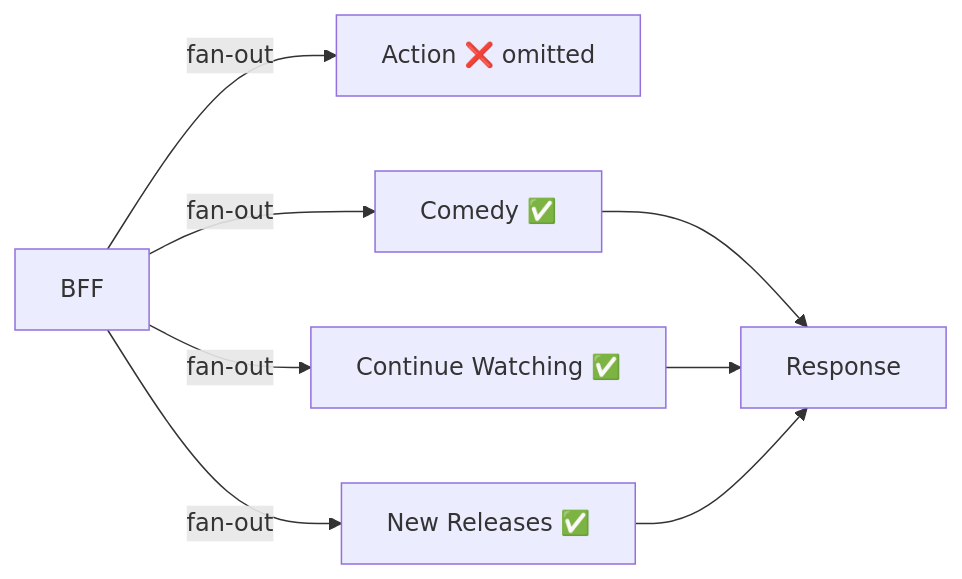
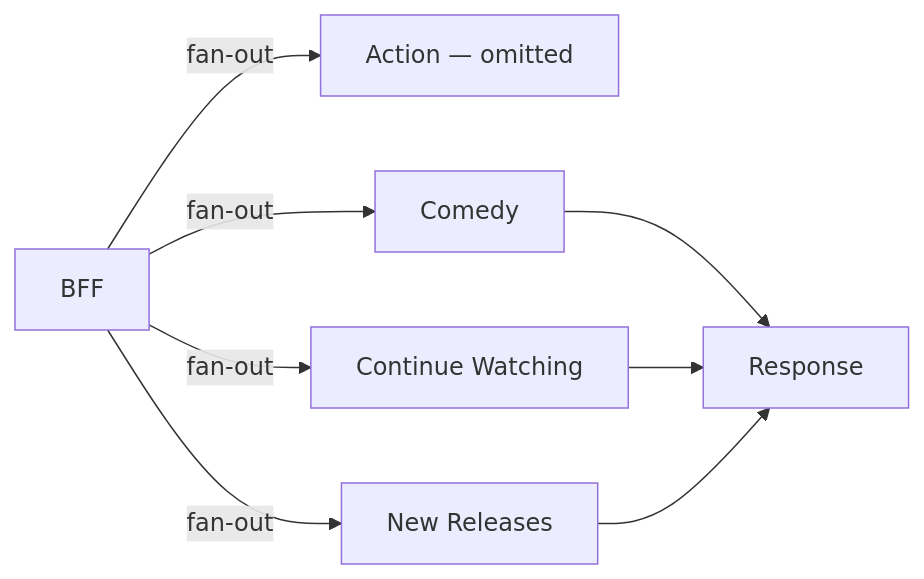
Before and after one commit to Dummy-Bug/system-design-handbook: the fourth of 4 diagrams in System Design/SDE2/12-Case-Studies/14-Netflix/03-Deep-Dives/09-Fault-Isolation/01-Circuit-Breaker.md, drawn with Mermaid. The commit also changed other lines of this file and 12 other files, not shown here.

````diff
--- a/System Design/SDE2/12-Case-Studies/14-Netflix/03-Deep-Dives/09-Fault-Isolation/01-Circuit-Breaker.md
+++ b/System Design/SDE2/12-Case-Studies/14-Netflix/03-Deep-Dives/09-Fault-Isolation/01-Circuit-Breaker.md
@@ -84,10 +97,10 @@
 ```mermaid
 flowchart LR
-    BFF -->|fan-out| A[Action ❌ omitted]
-    BFF -->|fan-out| B[Comedy ✅]
-    BFF -->|fan-out| C[Continue Watching ✅]
-    BFF -->|fan-out| D[New Releases ✅]
+    BFF -->|fan-out| A[Action — omitted]
+    BFF -->|fan-out| B[Comedy]
+    BFF -->|fan-out| C[Continue Watching]
+    BFF -->|fan-out| D[New Releases]
     B --> Response
     C --> Response
     D --> Response
 ```
````
